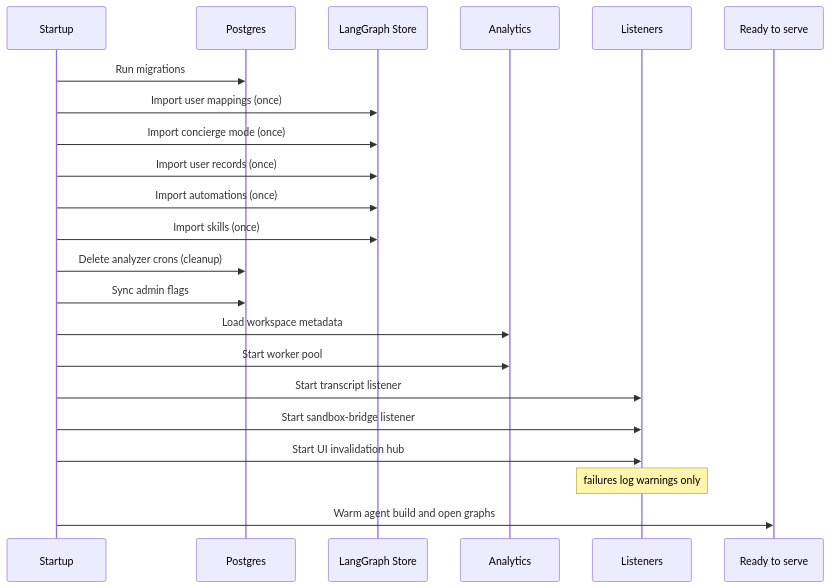
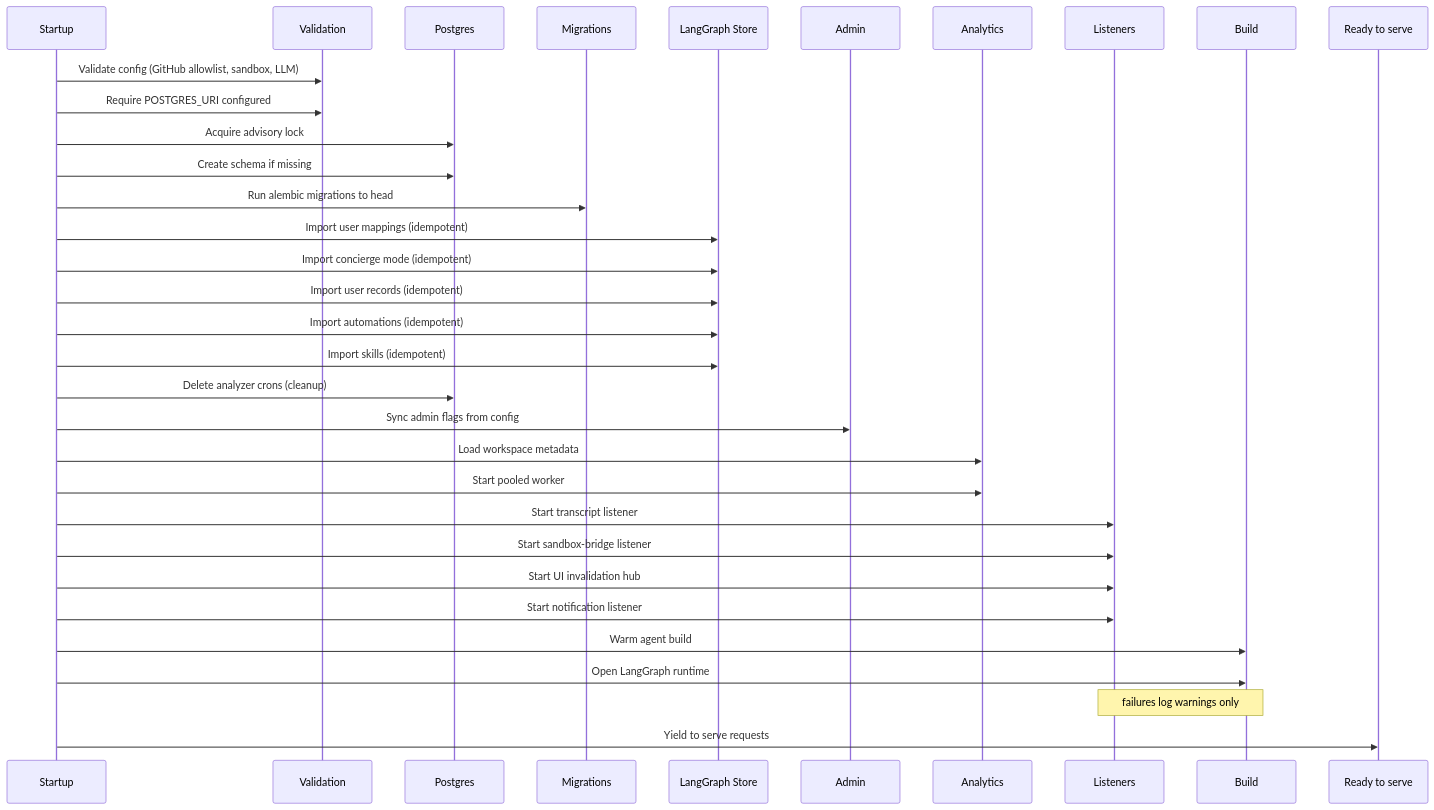
The first of 3 diagrams in openwiki/operations/deployment.md (langchain-ai/open-swe), drawn with Mermaid before and after one commit. The commit also changed other lines of this file and 50 other files, not shown here.

````diff
--- a/openwiki/operations/deployment.md
+++ b/openwiki/operations/deployment.md
@@ -70,25 +76,36 @@
 ```mermaid
 sequenceDiagram
   participant Boot as Startup
+  participant Validation as Validation
   participant DB as Postgres
+  participant Migrations as Migrations
   participant Store as LangGraph Store
+  participant Admin as Admin
   participant Analytics as Analytics
-  participant Listeners
+  participant Listeners as Listeners
+  participant Build as Build
   participant Ready as Ready to serve
 
-  Boot->>DB: Run migrations
-  Boot->>Store: Import user mappings (once)
-  Boot->>Store: Import concierge mode (once)
-  Boot->>Store: Import user records (once)
-  Boot->>Store: Import automations (once)
-  Boot->>Store: Import skills (once)
+  Boot->>Validation: Validate config (GitHub allowlist, sandbox, LLM)
+  Boot->>Validation: Require POSTGRES_URI configured
+  Boot->>DB: Acquire advisory lock
+  Boot->>DB: Create schema if missing
+  Boot->>Migrations: Run alembic migrations to head
+  Boot->>Store: Import user mappings (idempotent)
+  Boot->>Store: Import concierge mode (idempotent)
+  Boot->>Store: Import user records (idempotent)
+  Boot->>Store: Import automations (idempotent)
+  Boot->>Store: Import skills (idempotent)
   Boot->>DB: Delete analyzer crons (cleanup)
-  Boot->>DB: Sync admin flags
+  Boot->>Admin: Sync admin flags from config
   Boot->>Analytics: Load workspace metadata
-  Boot->>Analytics: Start worker pool
+  Boot->>Analytics: Start pooled worker
   Boot->>Listeners: Start transcript listener
   Boot->>Listeners: Start sandbox-bridge listener
   Boot->>Listeners: Start UI invalidation hub
-  Note over Listeners: failures log warnings only
-  Boot->>Ready: Warm agent build and open graphs
+  Boot->>Listeners: Start notification listener
+  Boot->>Build: Warm agent build
+  Boot->>Build: Open LangGraph runtime
+  Note over Listeners,Build: failures log warnings only
+  Boot->>Ready: Yield to serve requests
 ```
````
